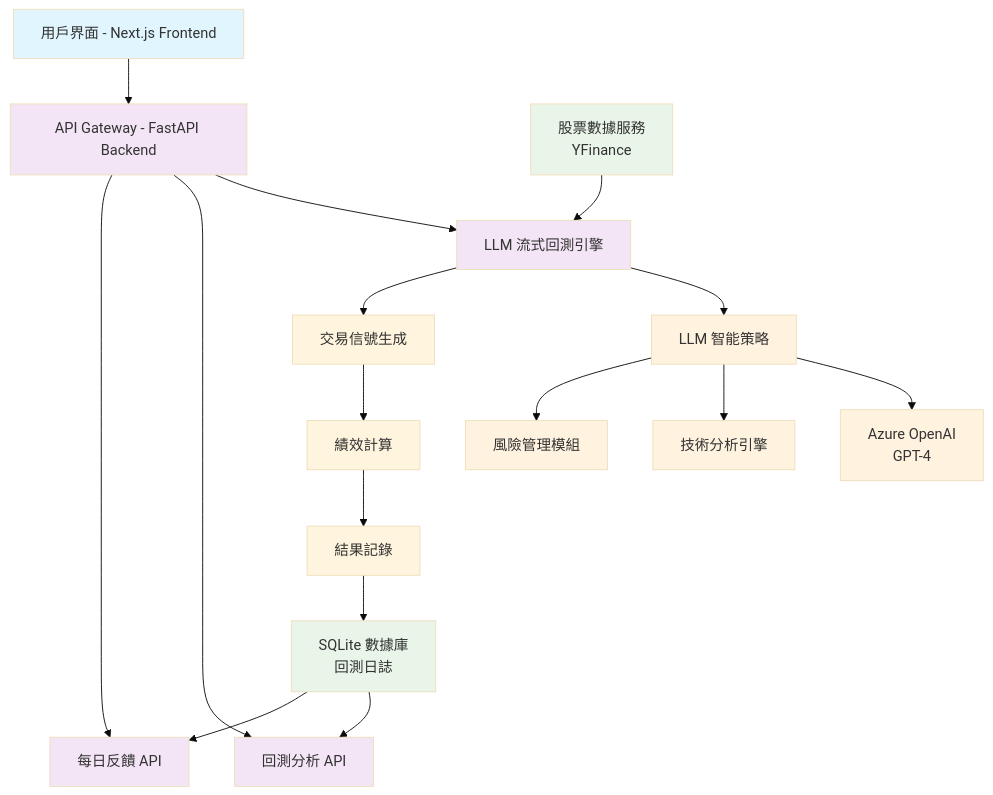
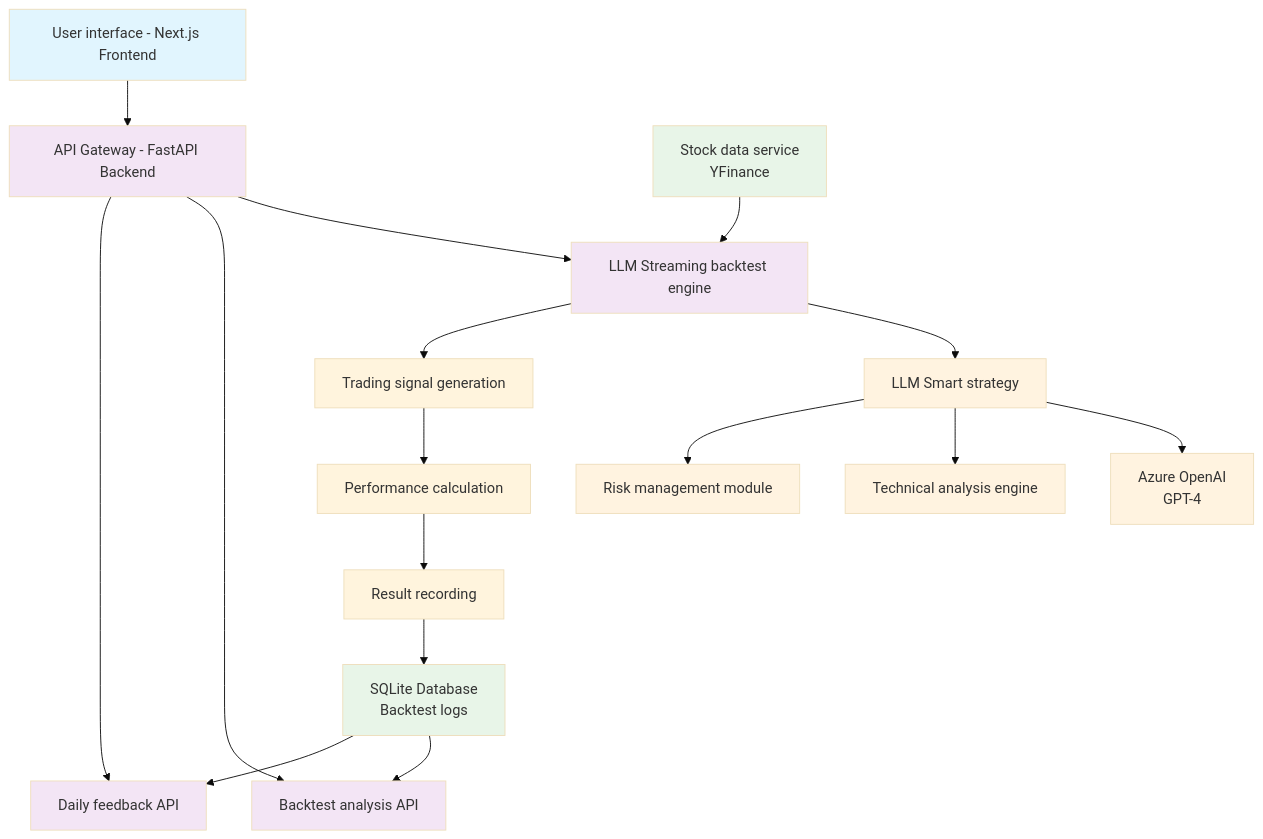
Before and after one commit to TomeyGeneralCompany/llm-stock-trader-of-awesomeness: the first of 6 diagrams in design.md, drawn with Mermaid (base theme). The commit also changed other lines of this file and 28 other files, not shown here.

````diff
--- a/design.md
+++ b/design.md
@@ -8,39 +8,39 @@
 ```mermaid
 flowchart TD
-    %% 用戶界面層
-    A[用戶界面 - Next.js Frontend] --> B[API Gateway - FastAPI Backend]
+    %% User interface layer
+    A[User interface - Next.js Frontend] --> B[API Gateway - FastAPI Backend]
     
-    %% 主要功能模組
-    B --> C[LLM 流式回測引擎]
-    B --> D[回測分析 API]
-    B --> E[每日反饋 API]
+    %% Main functional modules
+    B --> C[LLM Streaming backtest engine]
+    B --> D[Backtest analysis API]
+    B --> E[Daily feedback API]
     
-    %% 數據層
-    F[股票數據服務<br/>YFinance] --> C
-    G[SQLite 數據庫<br/>回測日誌] --> D
+    %% Data layer
+    F[Stock data service<br/>YFinance] --> C
+    G[SQLite Database<br/>Backtest logs] --> D
     G --> E
     
-    %% LLM 策略引擎
-    C --> H[LLM 智能策略]
+    %% LLM Strategy engine
+    C --> H[LLM Smart strategy]
     H --> I[Azure OpenAI<br/>GPT-4]
-    H --> J[技術分析引擎]
-    H --> K[風險管理模組]
+    H --> J[Technical analysis engine]
+    H --> K[Risk management module]
     
-    %% 回測執行流程
-    C --> L[交易信號生成]
-    L --> M[績效計算]
-    M --> N[結果記錄]
+    %% Backtest execution flow
+    C --> L[Trading signal generation]
+    L --> M[Performance calculation]
+    M --> N[Result recording]
     N --> G
     
-    %% 樣式定義
+    %% Style definitions
     classDef frontend fill:#e1f5fe
     classDef backend fill:#f3e5f5
     classDef llm fill:#fff3e0
     classDef data fill:#e8f5e8
     classDef tools fill:#fce4ec
     
     class A frontend
     class B,C,D,E backend
     class H,I,J,K llm
     class F,G data
 ```
````
